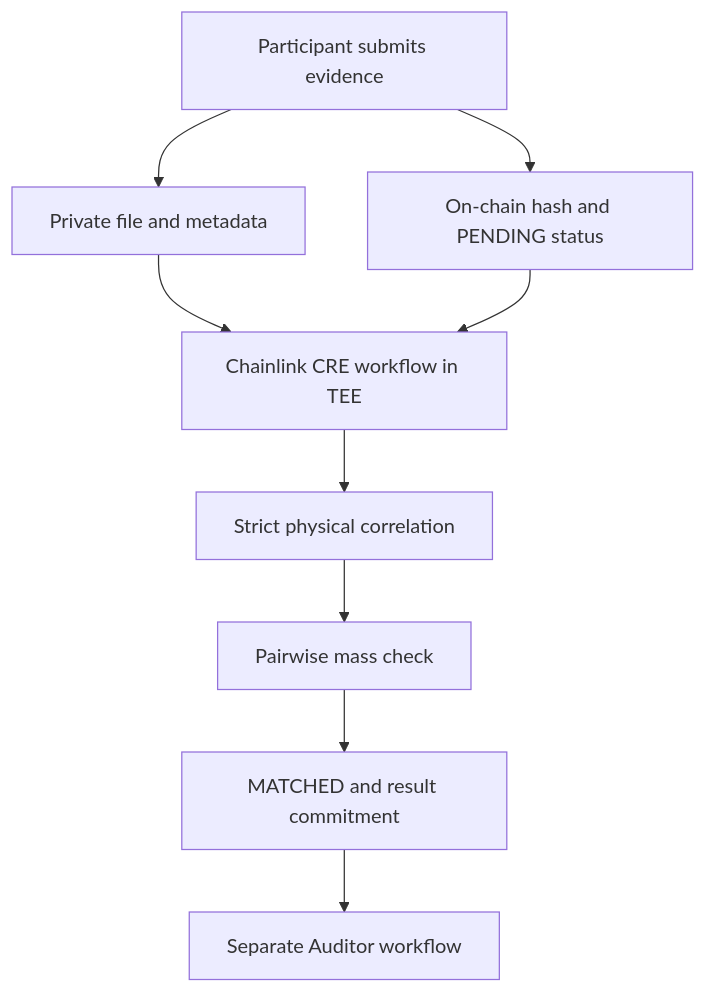
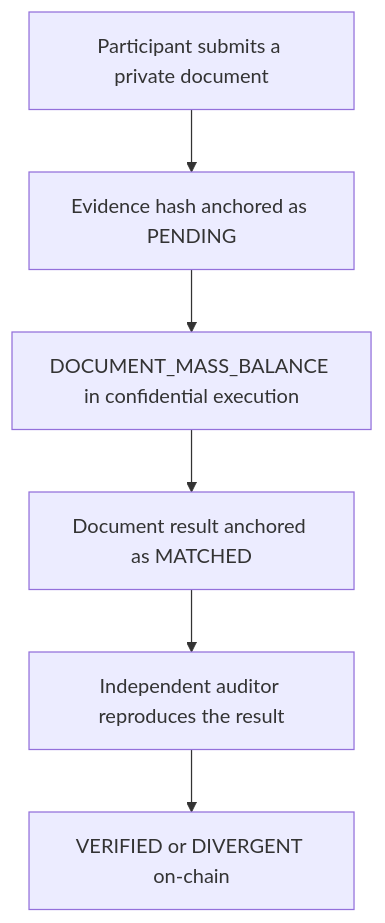
One commit to armanfm/ExplorerChem changed the first of 2 diagrams in README.md. Above: the diagram before and after it, drawn with Mermaid. The commit also changed other lines of this file, not shown here.

````diff
--- a/README.md
+++ b/README.md
@@ -21,21 +22,8 @@
 ```mermaid
-
 flowchart TD
-
-    A["Participant submits evidence"] --> B["Private file and metadata"]
-
-    A --> C["On-chain hash and PENDING status"]
-
-    B --> D["Chainlink CRE workflow in TEE"]
-
-    C --> D
-
-    D --> E["Strict physical correlation"]
-
-    E --> F["Pairwise mass check"]
-
-    F --> G["MATCHED and result commitment"]
-
-    G --> H["Separate Auditor workflow"]
-
+    A["Participant submits a private document"] --> B["Evidence hash anchored as PENDING"]
+    B --> C["DOCUMENT_MASS_BALANCE in confidential execution"]
+    C --> D["Document result anchored as MATCHED"]
+    D --> E["Independent auditor reproduces the result"]
+    E --> F["VERIFIED or DIVERGENT on-chain"]
 ```
````
